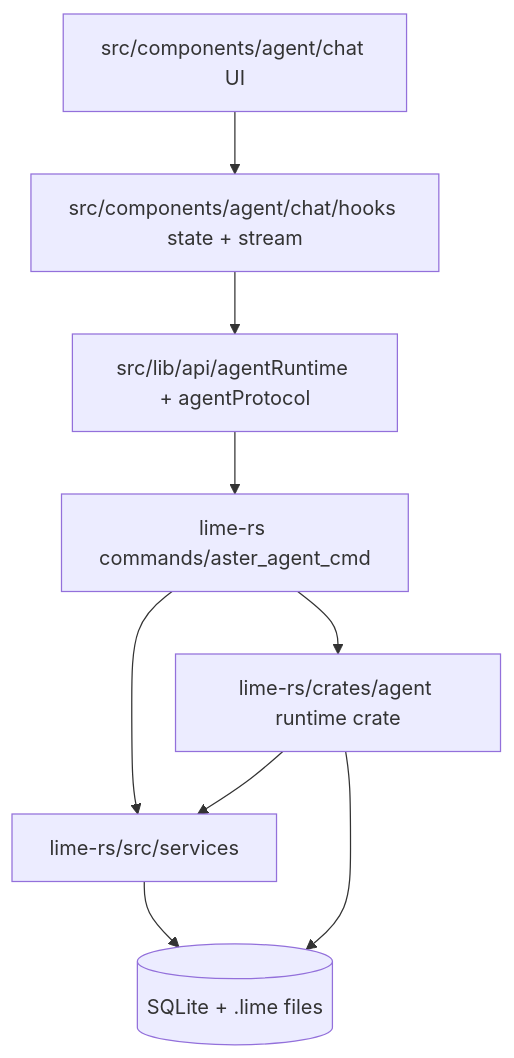
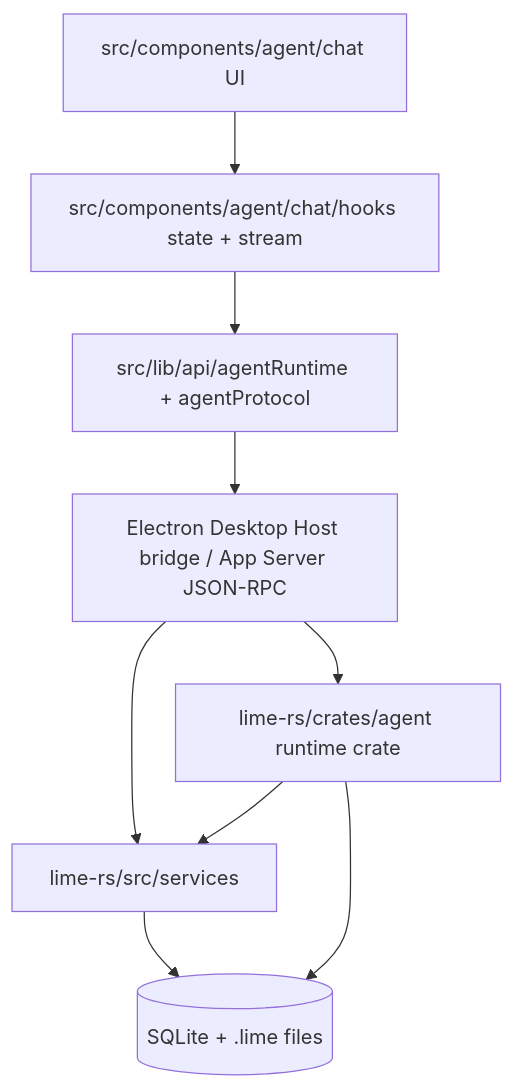
One commit to jiujuan/lime changed the diagram in internal/roadmap/agentui/lime-agentui-code-map.md. Above: the diagram before and after it, drawn with Mermaid. The commit also changed other lines of this file and 370 other files, not shown here.

````diff
--- a/internal/roadmap/agentui/lime-agentui-code-map.md
+++ b/internal/roadmap/agentui/lime-agentui-code-map.md
@@ -9,19 +9,19 @@
 ```mermaid
 flowchart TB
   UI[src/components/agent/chat UI]
   Hooks[src/components/agent/chat/hooks state + stream]
   Api[src/lib/api/agentRuntime + agentProtocol]
-  Tauri[lime-rs commands/aster_agent_cmd]
+  CommandGateway[Electron Desktop Host bridge / App Server JSON-RPC]
   AgentCrate[lime-rs/crates/agent runtime crate]
   Services[lime-rs/src/services]
   Store[(SQLite + .lime files)]
 
   UI --> Hooks
   Hooks --> Api
-  Api --> Tauri
-  Tauri --> AgentCrate
-  Tauri --> Services
+  Api --> CommandGateway
+  CommandGateway --> AgentCrate
+  CommandGateway --> Services
   AgentCrate --> Services
   Services --> Store
   AgentCrate --> Store
 ```
````
